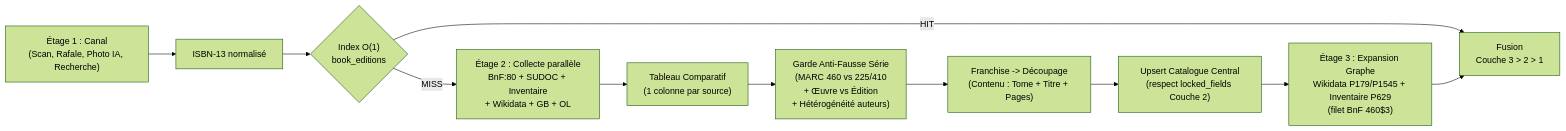
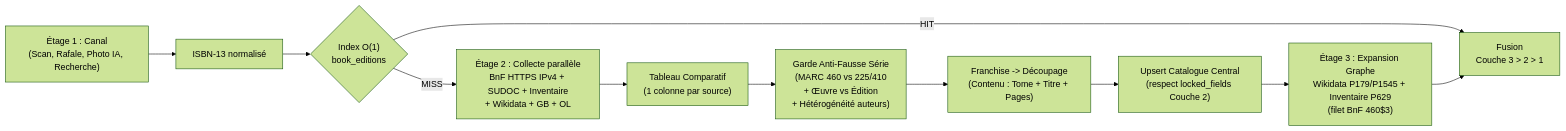
The second of 3 diagrams in documentation/v2/04_ARCHITECTURE_TECHNIQUE_V2.md (mathieuegard-maker/inventaire-surcouche), drawn with Mermaid (forest theme) before and after one commit. The commit also changed other lines of this file and 11 other files, not shown here.

````diff
--- a/documentation/v2/04_ARCHITECTURE_TECHNIQUE_V2.md
+++ b/documentation/v2/04_ARCHITECTURE_TECHNIQUE_V2.md
@@ -332,13 +333,13 @@
 ```mermaid
 flowchart LR
   C["Étage 1 : Canal\n(Scan, Rafale, Photo IA, Recherche)"] --> ISBN["ISBN-13 normalisé"]
   ISBN --> IDX{"Index O(1)\nbook_editions"}
   IDX -- "HIT" --> MERGE["Fusion\nCouche 3 > 2 > 1"]
-  IDX -- "MISS" --> COL["Étage 2 : Collecte parallèle\nBnF:80 + SUDOC + Inventaire\n+ Wikidata + GB + OL"]
+  IDX -- "MISS" --> COL["Étage 2 : Collecte parallèle\nBnF HTTPS IPv4 + SUDOC + Inventaire\n+ Wikidata + GB + OL"]
   COL --> TAB["Tableau Comparatif\n(1 colonne par source)"]
   TAB --> GUARD["Garde Anti-Fausse Série\n(MARC 460 vs 225/410\n+ Œuvre vs Édition\n+ Hétérogénéité auteurs)"]
   GUARD --> SPLIT["Franchise -> Découpage\n(Contenu : Tome + Titre + Pages)"]
   SPLIT --> SAVE["Upsert Catalogue Central\n(respect locked_fields Couche 2)"]
   SAVE --> GRAPH["Étage 3 : Expansion Graphe\nWikidata P179/P1545 + Inventaire P629\n(filet BnF 460$3)"]
   GRAPH --> MERGE
 ```
````
